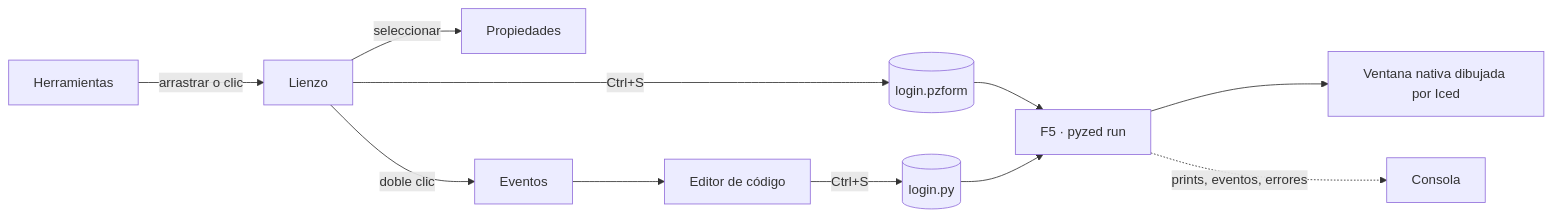
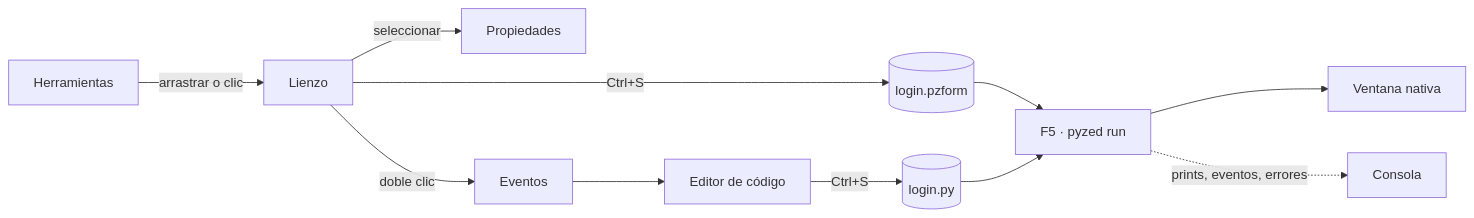
Before and after one commit to albakore/pyzed: the diagram in docs/src/content/docs/es/editor/index.mdx, drawn with Mermaid. The commit also changed other lines of this file and 17 other files, not shown here.

````diff
--- a/docs/src/content/docs/es/editor/index.mdx
+++ b/docs/src/content/docs/es/editor/index.mdx
@@ -89,13 +72,13 @@
 ```mermaid
 flowchart LR
     TB[Herramientas] -->|arrastrar o clic| CV[Lienzo]
     CV -->|seleccionar| PR[Propiedades]
     CV -->|doble clic| EV[Eventos]
     EV --> CE[Editor de código]
     CV -- Ctrl+S --> F[(login.pzform)]
     CE -- Ctrl+S --> P[(login.py)]
     F --> RUN["F5 · pyzed run"]
     P --> RUN
-    RUN --> W[Ventana nativa dibujada por Iced]
+    RUN --> W[Ventana nativa]
     RUN -. prints, eventos, errores .-> CO[Consola]
 ```
````
